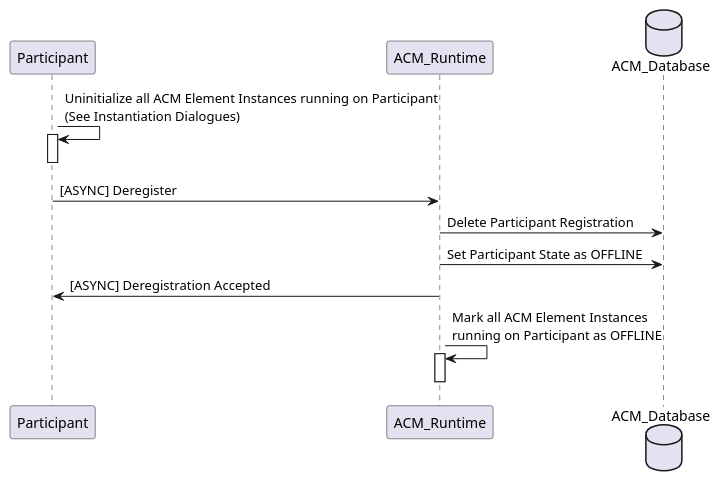
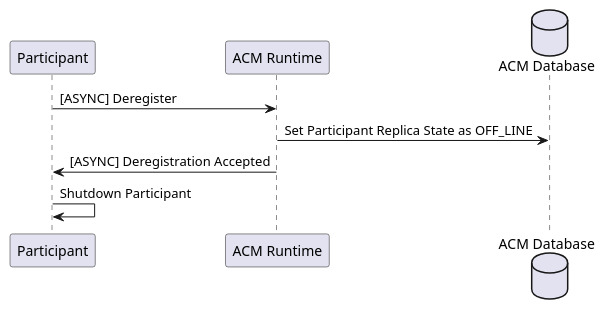
Before and after one commit to onap/policy-parent: the diagram in docs/clamp/acm/plantuml/system-dialogues/DeregisterParticipant.puml, drawn with PlantUML. The commit also changed 40 other files, not shown here.

```diff
--- a/docs/clamp/acm/plantuml/system-dialogues/DeregisterParticipant.puml
+++ b/docs/clamp/acm/plantuml/system-dialogues/DeregisterParticipant.puml
@@ -1,20 +1,11 @@
 @startuml
 
 participant Participant
-participant ACM_Runtime
-database ACM_Database
+participant "ACM Runtime"
+database "ACM Database"
 
-Participant -> Participant: Uninitialize all ACM Element Instances running on Participant\n(See Instantiation Dialogues)
-activate Participant
-deactivate Participant
-
-Participant -> ACM_Runtime: [ASYNC] Deregister
-ACM_Runtime -> ACM_Database: Delete Participant Registration
-ACM_Runtime -> ACM_Database: Set Participant State as OFFLINE
-Participant <- ACM_Runtime: [ASYNC] Deregistration Accepted
-
-ACM_Runtime -> ACM_Runtime: Mark all ACM Element Instances\nrunning on Participant as OFFLINE
-activate ACM_Runtime
-deactivate ACM_Runtime
-
+Participant -> "ACM Runtime": [ASYNC] Deregister
+"ACM Runtime" -> "ACM Database": Set Participant Replica State as OFF_LINE
+Participant <- "ACM Runtime": [ASYNC] Deregistration Accepted
+Participant -> Participant: Shutdown Participant
 @enduml
```
